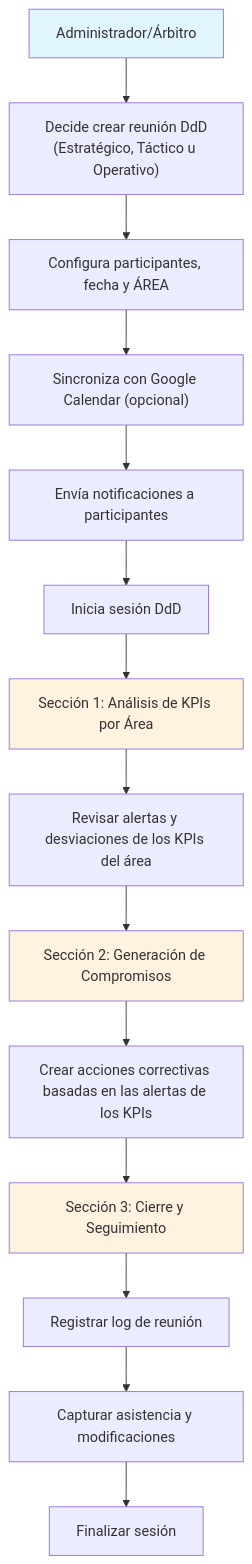
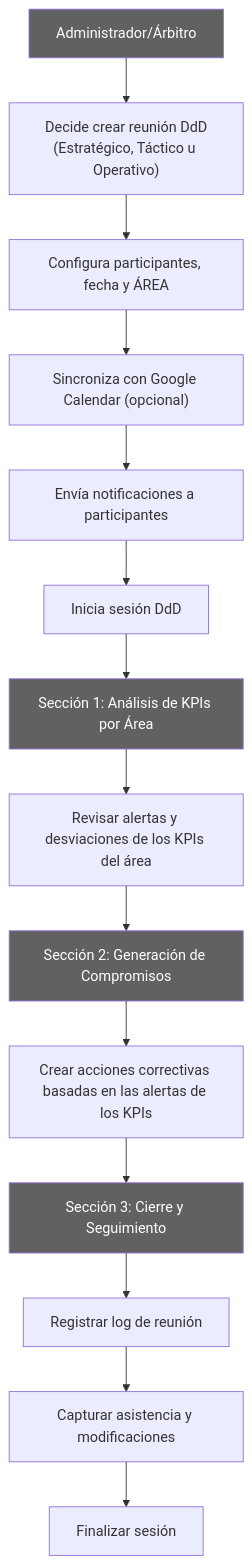
The fifth of 6 diagrams in readmeEjecutivo.md (ColDev-Colivoro/Proyecto-Estandarizaci-n-normalizacion-Nutrisco), drawn with Mermaid before and after one commit. The commit also changed other lines of this file and 2 other files, not shown here.

Commit message:
refactor: update conceptual diagrams in README and executive documents for improved clarity and consistency in DdD system representation

````diff
--- a/readmeEjecutivo.md
+++ b/readmeEjecutivo.md
@@ -288,22 +288,22 @@
 ```mermaid
 flowchart TD
   A["Administrador/Árbitro"] --> B["Decide crear reunión DdD<br/>(Estratégico, Táctico u Operativo)"]
   B --> C["Configura participantes, fecha y ÁREA"]
   C --> D["Sincroniza con Google Calendar (opcional)"]
   D --> E["Envía notificaciones a participantes"]
   E --> F["Inicia sesión DdD"]
   
   F --> G["Sección 1: Análisis de KPIs por Área"]
   G --> H["Revisar alertas y desviaciones de los KPIs del área"]
   H --> I["Sección 2: Generación de Compromisos"]
   I --> J["Crear acciones correctivas basadas en las alertas de los KPIs"]
   J --> K["Sección 3: Cierre y Seguimiento"]
   K --> L["Registrar log de reunión"]
   L --> M["Capturar asistencia y modificaciones"]
   M --> N["Finalizar sesión"]
   
-  style A fill:#e1f5fe
-  style G fill:#fff3e0
-  style I fill:#fff3e0
-  style K fill:#fff3e0
+style A fill:#616161,color:#ffffff
+  style G fill:#616161,color:#ffffff
+  style I fill:#616161,color:#ffffff
+  style K fill:#616161,color:#ffffff
 ```
````
